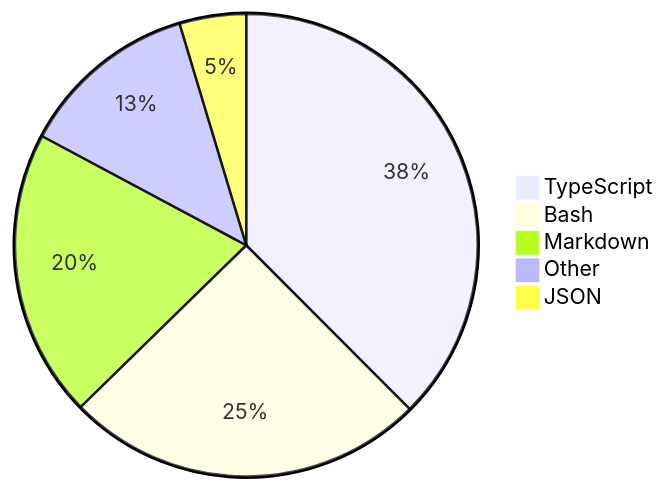
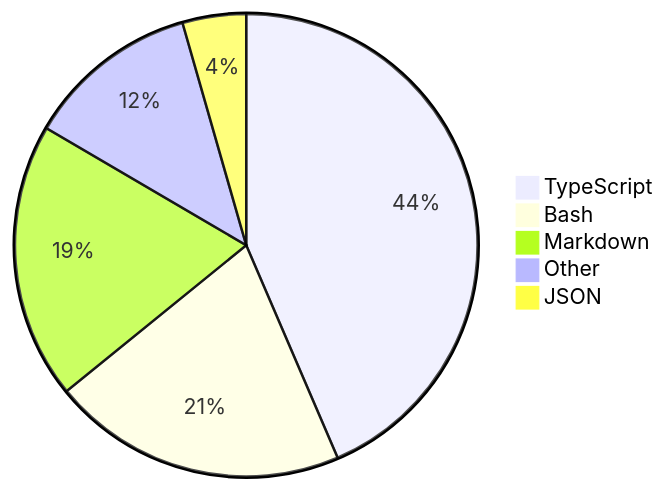
Before and after one commit to skvggor/skvggor: the diagram in README.md, drawn with Mermaid.

Commit message:
Updated waka-readme graph with new metrics

````diff
--- a/README.md
+++ b/README.md
@@ -35,8 +35,8 @@
 ```mermaid
 pie
-    "TypeScript" : 37.1
-    "Bash" : 24.9
-    "Markdown" : 19.9
-    "Other" : 12.4
-    "JSON" : 4.6
+    "TypeScript" : 43.1
+    "Bash" : 20.4
+    "Markdown" : 19.1
+    "Other" : 12.0
+    "JSON" : 4.4
 ```
````
